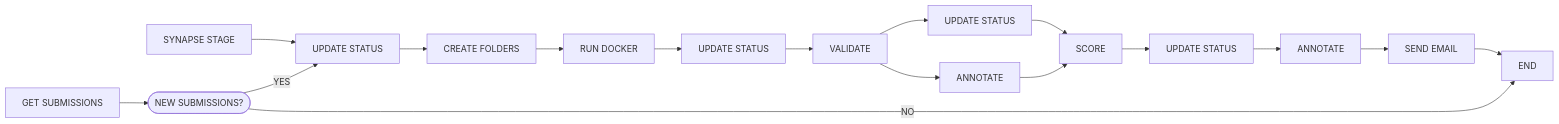
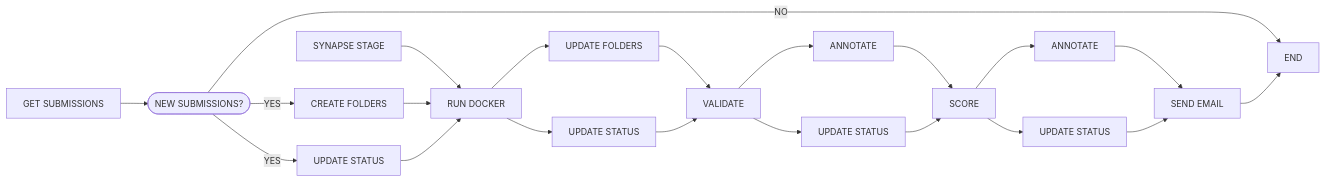
Before and after one commit to vpchung/nf-synapse-challenge: the first of 2 diagrams in README.md, drawn with Mermaid. The commit also changed 8 other files, not shown here.

````diff
--- a/README.md
+++ b/README.md
@@ -56,19 +56,23 @@
 ```mermaid
 flowchart LR;
-    A[SYNAPSE STAGE]-->D[UPDATE STATUS];
+    A[SYNAPSE STAGE]-->F;
     B[GET SUBMISSIONS]-->C([NEW SUBMISSIONS?]);
-    C-->|YES|D;
+    C-->|YES|D[CREATE FOLDERS];
+		C-->|YES|E[UPDATE STATUS];
     C-->|NO|END;
-    D-->E[CREATE FOLDERS];
+    D-->F[RUN DOCKER];
     E-->F[RUN DOCKER];
-		F-->G[UPDATE STATUS];
-    G-->H[VALIDATE];
-    H-->I[UPDATE STATUS];
-    H-->J[ANNOTATE];
-    I-->K[SCORE];
-    J-->K;
-		K-->L[UPDATE STATUS];
-    L-->M[ANNOTATE];
-		M-->N[SEND EMAIL];
-    N-->END;
+		F-->G[UPDATE FOLDERS];
+		F-->H[UPDATE STATUS];
+		G-->I[VALIDATE];
+		H-->I[VALIDATE];
+		I-->J[ANNOTATE];
+		I-->K[UPDATE STATUS];
+		J-->L[SCORE];
+		K-->L[SCORE];
+		L-->M[ANNOTATE];
+		L-->N[UPDATE STATUS];
+		M-->O[SEND EMAIL];
+		N-->O[SEND EMAIL];
+		O-->END;
 ```
````
